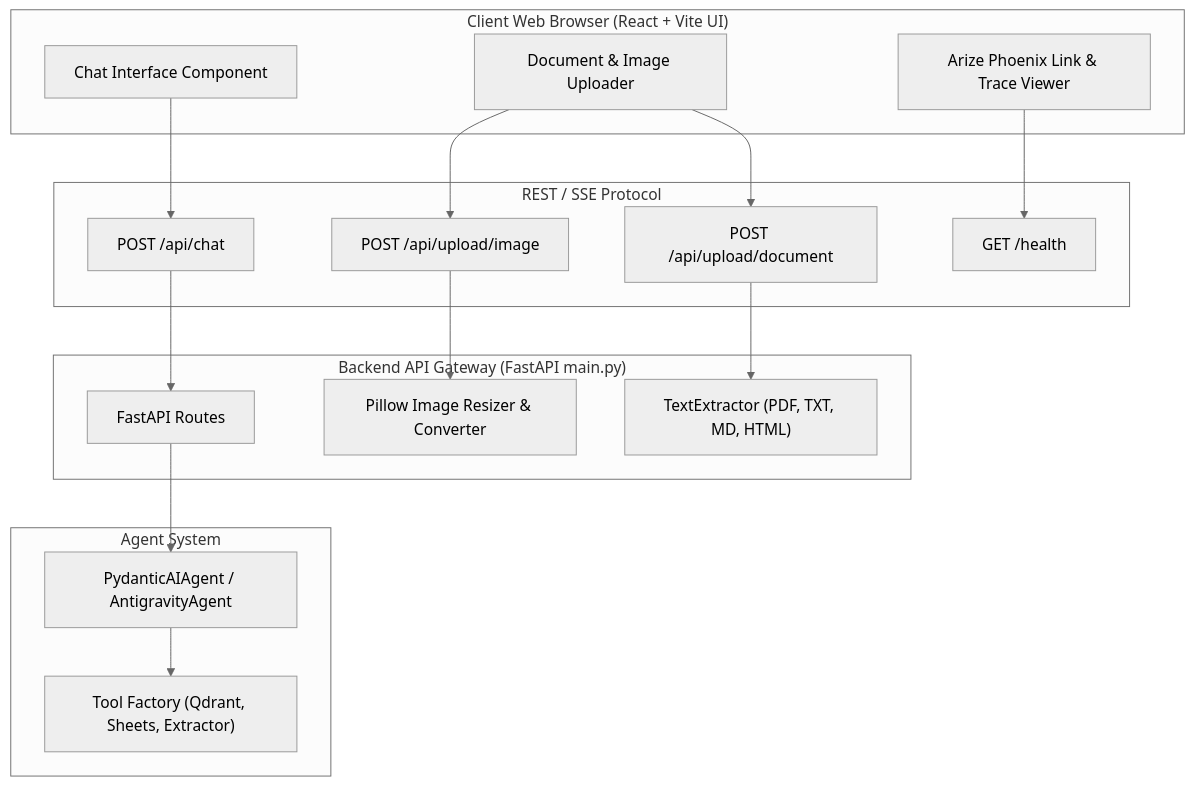
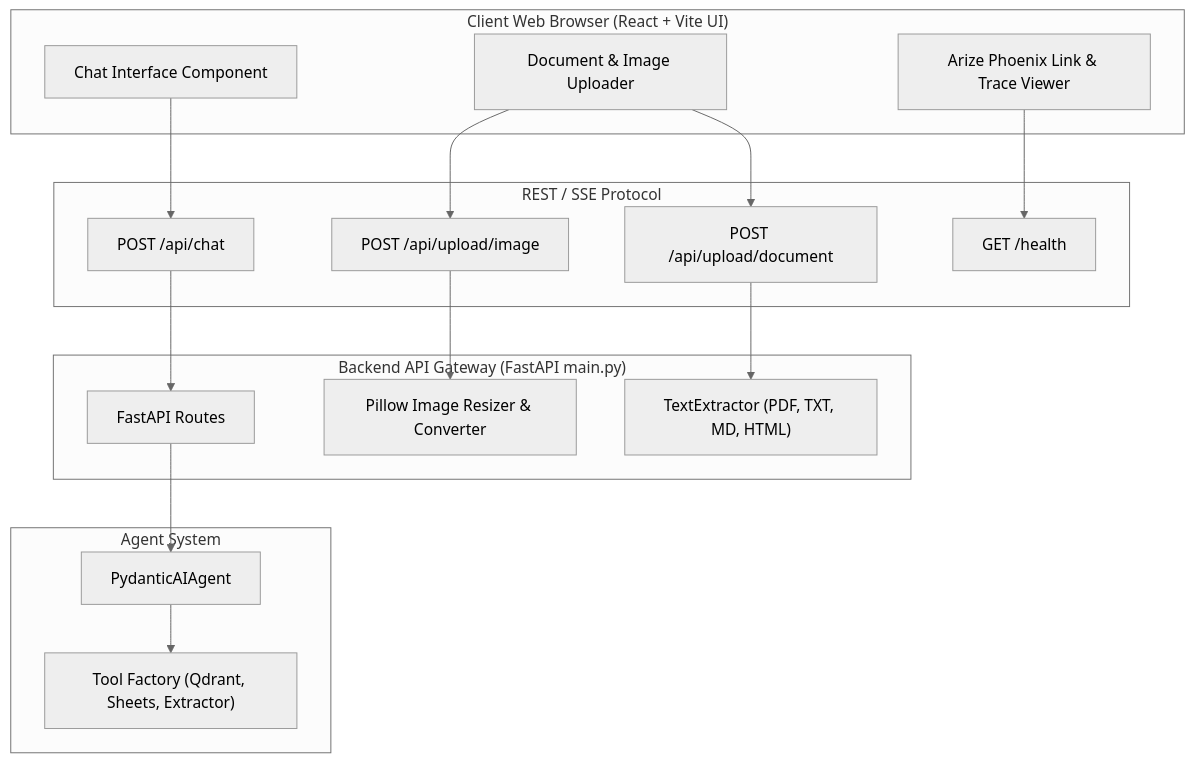
The third of 4 diagrams in docs/architecture/diagrams.md (fortis3000/agentic_template), drawn with Mermaid (neutral theme) before and after one commit. The commit also changed other lines of this file and 24 other files, not shown here.

Commit message:
refactor(agents): exclude google antigravity agent (#73) (#75)

````diff
--- a/docs/architecture/diagrams.md
+++ b/docs/architecture/diagrams.md
@@ -99,38 +93,38 @@
 ```mermaid
 graph TD
     subgraph ClientBrowser["Client Web Browser (React + Vite UI)"]
         ChatUI["Chat Interface Component"]
         Uploader["Document & Image Uploader"]
         TraceViewer["Arize Phoenix Link & Trace Viewer"]
     end
 
     subgraph Network["REST / SSE Protocol"]
         POST_Chat["POST /api/chat"]
         POST_Image["POST /api/upload/image"]
         POST_Doc["POST /api/upload/document"]
         GET_Health["GET /health"]
     end
 
     subgraph BackendAPI["Backend API Gateway (FastAPI main.py)"]
         API["FastAPI Routes"]
         ImageHandler["Pillow Image Resizer & Converter"]
         TextParser["TextExtractor (PDF, TXT, MD, HTML)"]
     end
 
     subgraph AgentSystem["Agent System"]
-        Agent["PydanticAIAgent / AntigravityAgent"]
+        Agent["PydanticAIAgent"]
         Tools["Tool Factory (Qdrant, Sheets, Extractor)"]
     end
 
     ChatUI --> POST_Chat
     Uploader --> POST_Image
     Uploader --> POST_Doc
     TraceViewer --> GET_Health
 
     POST_Chat --> API
     POST_Image --> ImageHandler
     POST_Doc --> TextParser
 
     API --> Agent
     Agent --> Tools
 ```
````
